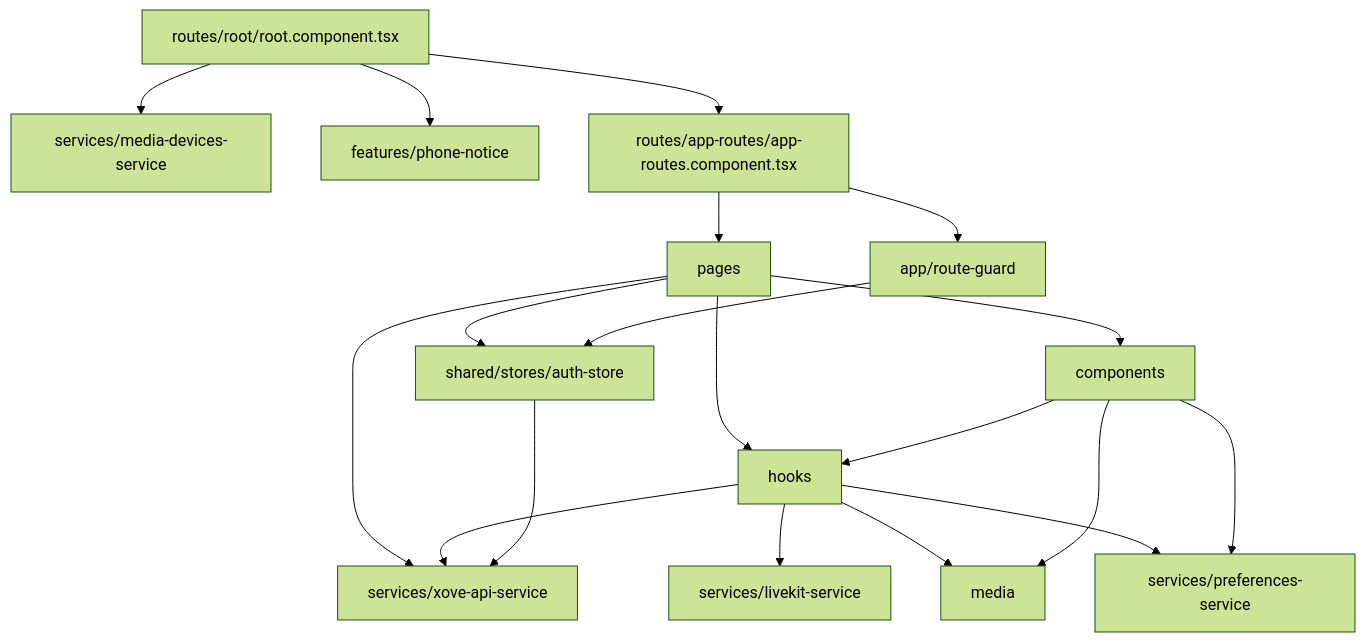
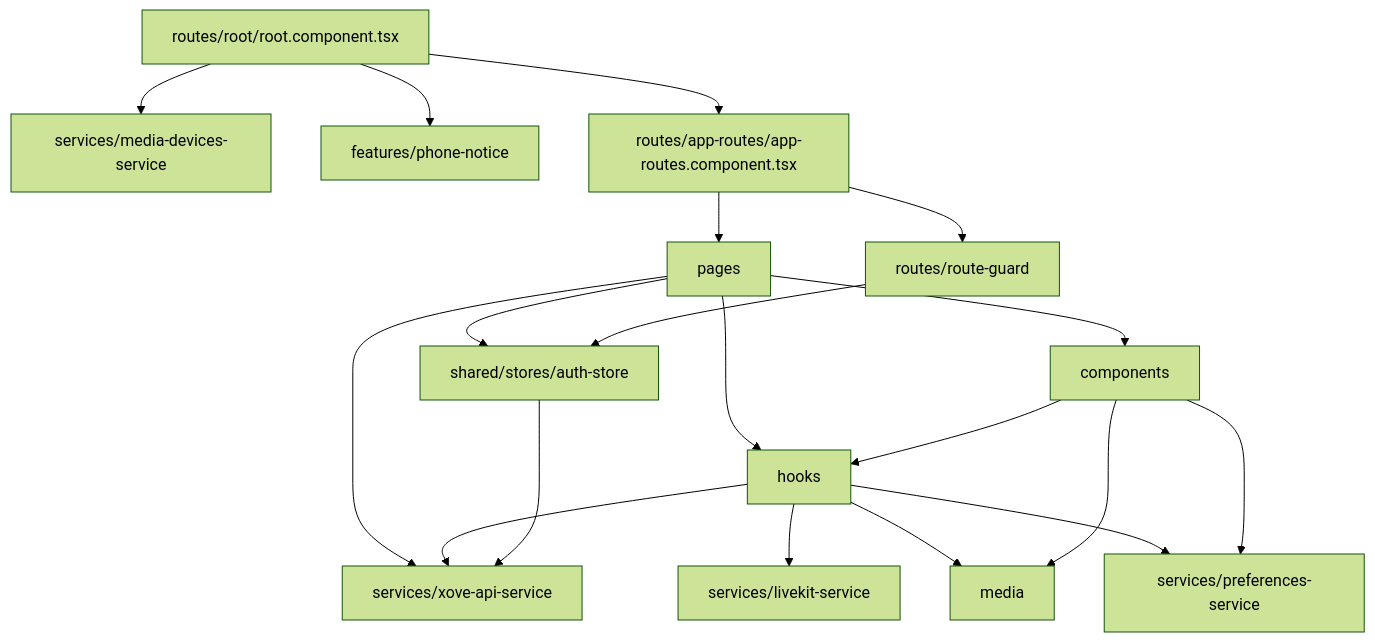
The second of 4 diagrams in docs/architecture.md (Hbrauveres/xove-web), drawn with Mermaid (forest theme) before and after one commit. The commit also changed other lines of this file and 27 other files, not shown here.

````diff
--- a/docs/architecture.md
+++ b/docs/architecture.md
@@ -47,21 +47,21 @@
 ```mermaid
 flowchart TD
   P[pages] --> C[components]
   P --> H[hooks]
   P --> A[services/xove-api-service]
   C --> H
   H --> A
   H --> LK[services/livekit-service]
   H --> M[media]
   C --> M
   H --> PR[services/preferences-service]
   C --> PR
   P --> AU[shared/stores/auth-store]
   AU --> A
   R[routes/root/root.component.tsx] --> D[services/media-devices-service]
   R --> N[features/phone-notice]
   R --> APP[routes/app-routes/app-routes.component.tsx]
-  APP --> G[app/route-guard]
+  APP --> G[routes/route-guard]
   G --> AU
   APP --> P
 ```
````
